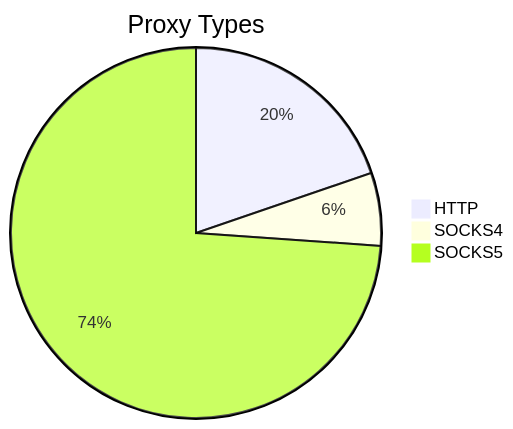
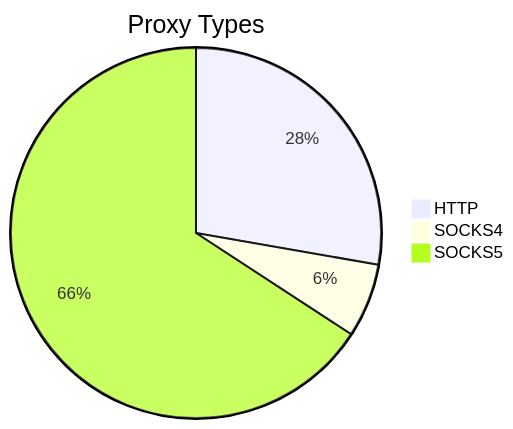
Before and after one commit to stormsia/proxy-list: the first of 2 diagrams in README.md, drawn with Mermaid. The commit also changed other lines of this file, not shown here.

````diff
--- a/README.md
+++ b/README.md
@@ -21,6 +21,6 @@
 ```mermaid
 pie title Proxy Types
-    "HTTP" : 236
-    "SOCKS4" : 76
-    "SOCKS5" : 883
+    "HTTP" : 202
+    "SOCKS4" : 47
+    "SOCKS5" : 479
 ```
````
